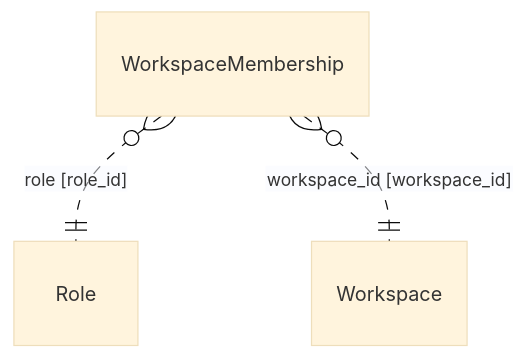
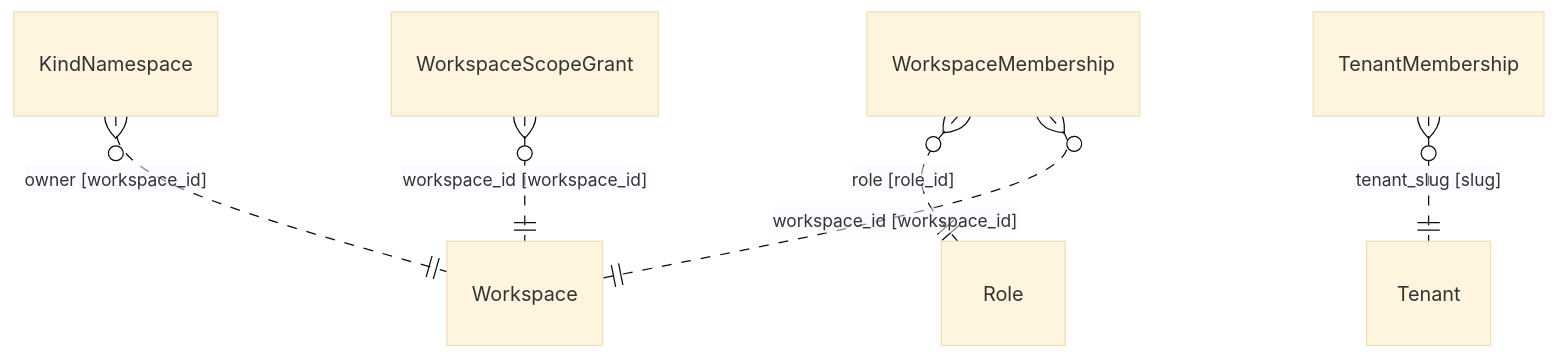
The ninth of 11 diagrams in docs/reference/data-model.md (ruinosus/dna), drawn with Mermaid (base theme) before and after one commit. The commit also changed other lines of this file and 694 other files, not shown here.

````diff
--- a/docs/reference/data-model.md
+++ b/docs/reference/data-model.md
@@ -294,8 +375,15 @@
 ```mermaid
 erDiagram
+    KindNamespace
     Role
+    Tenant
+    TenantMembership
     Workspace
     WorkspaceMembership
+    WorkspaceScopeGrant
+    KindNamespace }o..|| Workspace : "owner [workspace_id]"
+    TenantMembership }o..|| Tenant : "tenant_slug [slug]"
     WorkspaceMembership }o..|| Role : "role [role_id]"
     WorkspaceMembership }o..|| Workspace : "workspace_id [workspace_id]"
+    WorkspaceScopeGrant }o..|| Workspace : "workspace_id [workspace_id]"
 ```
````
